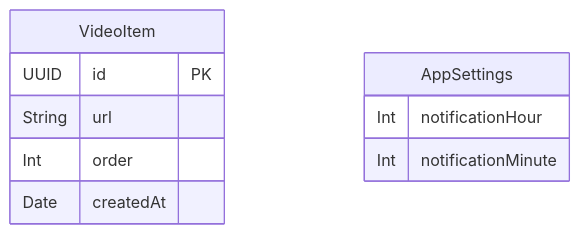
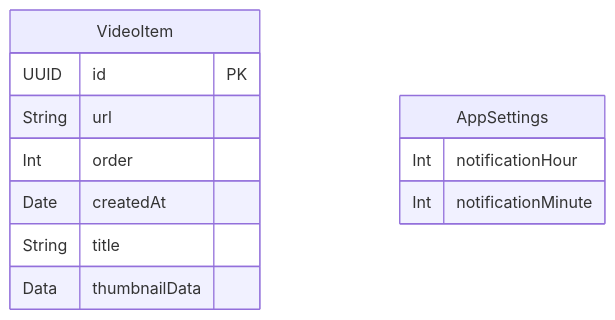
Before and after one commit to mnmKoka13/fitness-reminder: the second of 2 diagrams in docs/functional-design.md, drawn with Mermaid. The commit also changed other lines of this file and 3 other files, not shown here.

````diff
--- a/docs/functional-design.md
+++ b/docs/functional-design.md
@@ -107,14 +110,16 @@
 ```mermaid
 erDiagram
     VideoItem {
         UUID id PK
         String url
         Int order
         Date createdAt
+        String title
+        Data thumbnailData
     }
 
     AppSettings {
         Int notificationHour
         Int notificationMinute
     }
 ```
````
